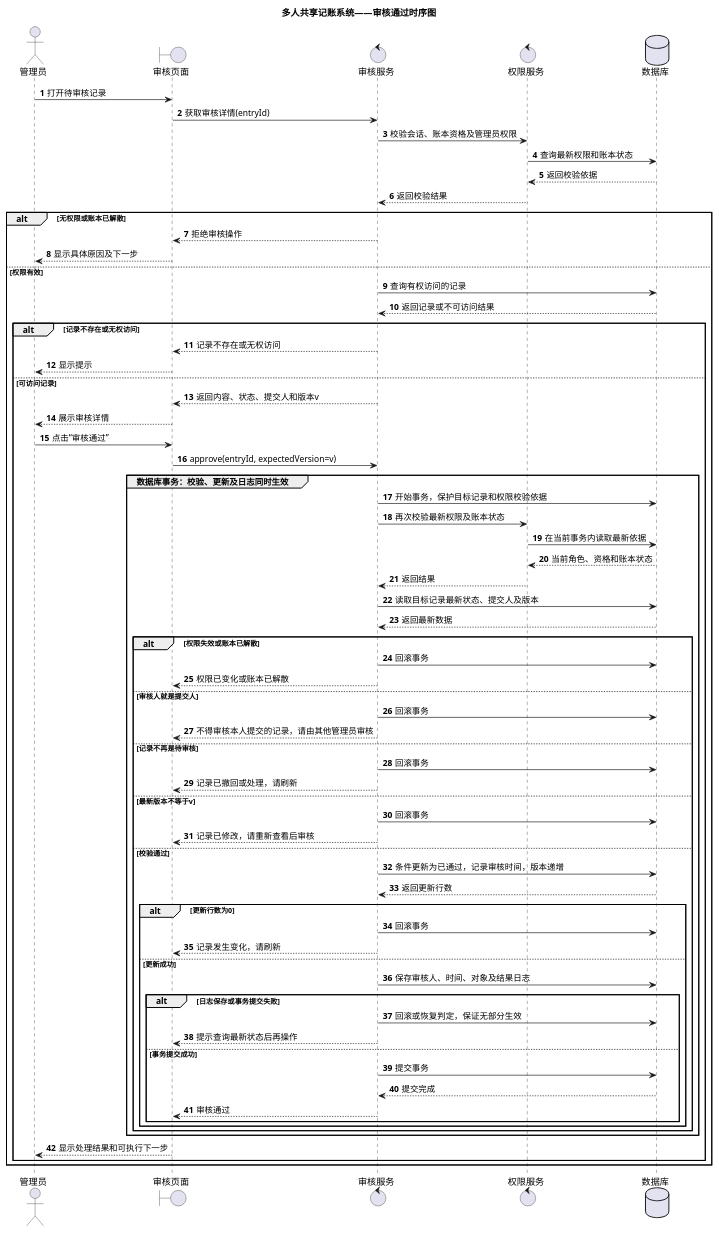
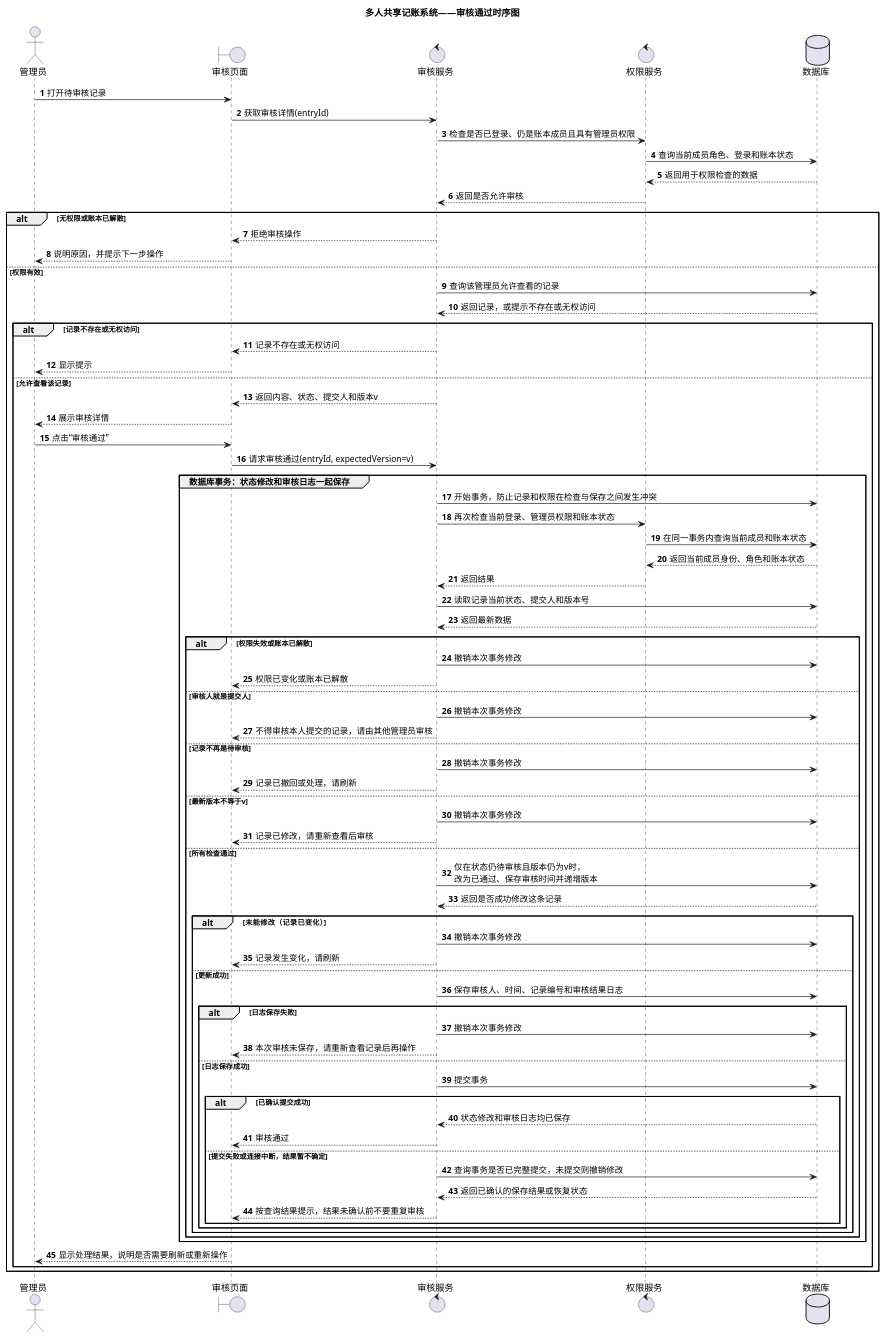
One commit to catherine0223/software-engineering-lab changed the diagram in 实验2/UML/UML时序图.puml. Above: the diagram before and after it, drawn with PlantUML. The commit also changed 9 other files, not shown here.

Commit message:
lab2: 完善UML图的业务规则、模块关系和图形布局

```diff
--- a/实验2/UML/UML时序图.puml
+++ b/实验2/UML/UML时序图.puml
@@ -1,81 +1,87 @@
 @startuml
 title 多人共享记账系统——审核通过时序图
 autonumber
 
 actor "管理员" as Admin
 boundary "审核页面" as Page
 control "审核服务" as Review
 control "权限服务" as Access
 database "数据库" as DB
 
 Admin -> Page : 打开待审核记录
 Page -> Review : 获取审核详情(entryId)
-Review -> Access : 校验会话、账本资格及管理员权限
-Access -> DB : 查询最新权限和账本状态
-DB --> Access : 返回校验依据
-Access --> Review : 返回校验结果
+Review -> Access : 检查是否已登录、仍是账本成员且具有管理员权限
+Access -> DB : 查询当前成员角色、登录和账本状态
+DB --> Access : 返回用于权限检查的数据
+Access --> Review : 返回是否允许审核
 
 alt 无权限或账本已解散
   Review --> Page : 拒绝审核操作
-  Page --> Admin : 显示具体原因及下一步
+  Page --> Admin : 说明原因，并提示下一步操作
 else 权限有效
-  Review -> DB : 查询有权访问的记录
-  DB --> Review : 返回记录或不可访问结果
+  Review -> DB : 查询该管理员允许查看的记录
+  DB --> Review : 返回记录，或提示不存在或无权访问
 
   alt 记录不存在或无权访问
     Review --> Page : 记录不存在或无权访问
     Page --> Admin : 显示提示
-  else 可访问记录
+  else 允许查看该记录
     Review --> Page : 返回内容、状态、提交人和版本v
     Page --> Admin : 展示审核详情
     Admin -> Page : 点击“审核通过”
-    Page -> Review : approve(entryId, expectedVersion=v)
+    Page -> Review : 请求审核通过(entryId, expectedVersion=v)
 
-    group 数据库事务：校验、更新及日志同时生效
-      Review -> DB : 开始事务，保护目标记录和权限校验依据
-      Review -> Access : 再次校验最新权限及账本状态
-      Access -> DB : 在当前事务内读取最新依据
-      DB --> Access : 当前角色、资格和账本状态
+    group 数据库事务：状态修改和审核日志一起保存
+      Review -> DB : 开始事务，防止记录和权限在检查与保存之间发生冲突
+      Review -> Access : 再次检查当前登录、管理员权限和账本状态
+      Access -> DB : 在同一事务内查询当前成员和账本状态
+      DB --> Access : 返回当前成员身份、角色和账本状态
       Access --> Review : 返回结果
 
-      Review -> DB : 读取目标记录最新状态、提交人及版本
+      Review -> DB : 读取记录当前状态、提交人和版本号
       DB --> Review : 返回最新数据
 
       alt 权限失效或账本已解散
-        Review -> DB : 回滚事务
+        Review -> DB : 撤销本次事务修改
         Review --> Page : 权限已变化或账本已解散
       else 审核人就是提交人
-        Review -> DB : 回滚事务
+        Review -> DB : 撤销本次事务修改
         Review --> Page : 不得审核本人提交的记录，请由其他管理员审核
       else 记录不再是待审核
-        Review -> DB : 回滚事务
+        Review -> DB : 撤销本次事务修改
         Review --> Page : 记录已撤回或处理，请刷新
       else 最新版本不等于v
-        Review -> DB : 回滚事务
+        Review -> DB : 撤销本次事务修改
         Review --> Page : 记录已修改，请重新查看后审核
-      else 校验通过
-        Review -> DB : 条件更新为已通过，记录审核时间，版本递增
-        DB --> Review : 返回更新行数
+      else 所有检查通过
+        Review -> DB : 仅在状态仍待审核且版本仍为v时，\n改为已通过、保存审核时间并递增版本
+        DB --> Review : 返回是否成功修改这条记录
 
-        alt 更新行数为0
-          Review -> DB : 回滚事务
+        alt 未能修改（记录已变化）
+          Review -> DB : 撤销本次事务修改
           Review --> Page : 记录发生变化，请刷新
         else 更新成功
-          Review -> DB : 保存审核人、时间、对象及结果日志
+          Review -> DB : 保存审核人、时间、记录编号和审核结果日志
 
-          alt 日志保存或事务提交失败
-            Review -> DB : 回滚或恢复判定，保证无部分生效
-            Review --> Page : 提示查询最新状态后再操作
-          else 事务提交成功
+          alt 日志保存失败
+            Review -> DB : 撤销本次事务修改
+            Review --> Page : 本次审核未保存，请重新查看记录后再操作
+          else 日志保存成功
             Review -> DB : 提交事务
-            DB --> Review : 提交完成
-            Review --> Page : 审核通过
+            alt 已确认提交成功
+              DB --> Review : 状态修改和审核日志均已保存
+              Review --> Page : 审核通过
+            else 提交失败或连接中断，结果暂不确定
+              Review -> DB : 查询事务是否已完整提交，未提交则撤销修改
+              DB --> Review : 返回已确认的保存结果或恢复状态
+              Review --> Page : 按查询结果提示，结果未确认前不要重复审核
+            end
           end
         end
       end
     end
 
-    Page --> Admin : 显示处理结果和可执行下一步
+    Page --> Admin : 显示处理结果，说明是否需要刷新或重新操作
   end
 end
 @enduml
```
